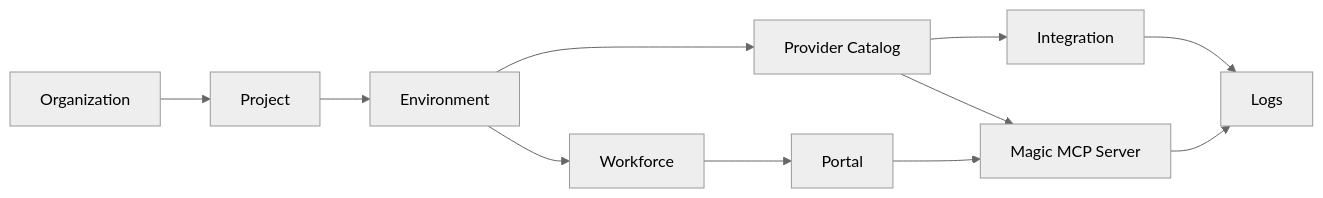
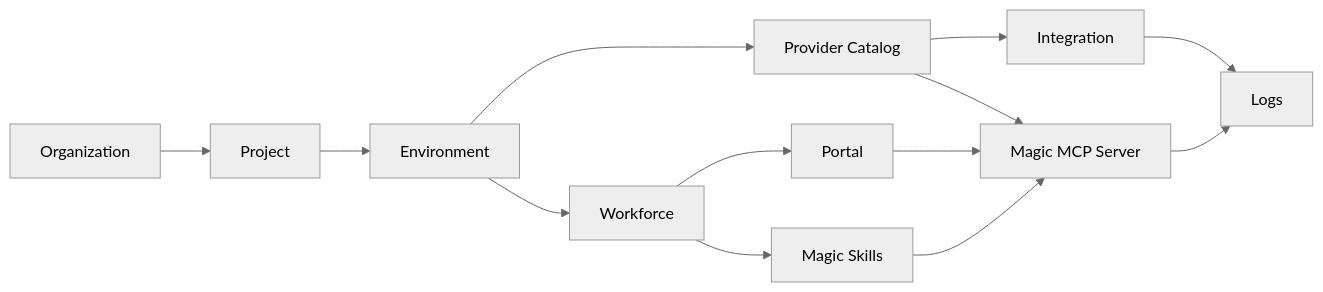
Before and after one commit to metorial/docs: the third of 3 diagrams in docs-structure.mdx, drawn with Mermaid (neutral theme). The commit also changed other lines of this file and 13 other files, not shown here.

First line of the commit message:
docs: document workforce trial and magic skills

````diff
--- a/docs-structure.mdx
+++ b/docs-structure.mdx
@@ -90,22 +92,25 @@
 ```mermaid
 flowchart LR
   Org["Organization"]
   Project["Project"]
   Env["Environment"]
   Provider["Provider Catalog"]
   Integration["Integration"]
   Magic["Magic MCP Server"]
   Workforce["Workforce"]
   Portal["Portal"]
+  Skills["Magic Skills"]
   Logs["Logs"]
 
   Org --> Project --> Env
   Env --> Provider
   Provider --> Integration
   Provider --> Magic
   Env --> Workforce
   Workforce --> Portal
+  Workforce --> Skills
   Integration --> Logs
   Magic --> Logs
   Portal --> Magic
+  Skills --> Magic
 ```
````
